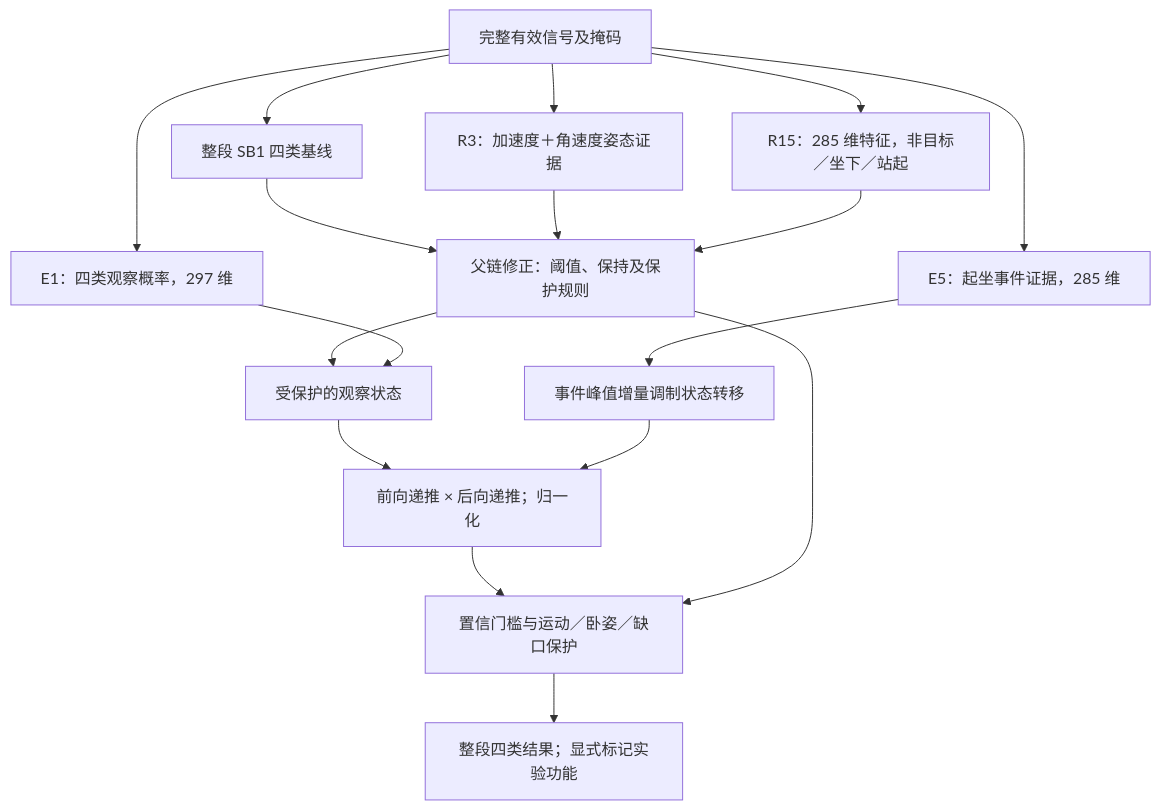
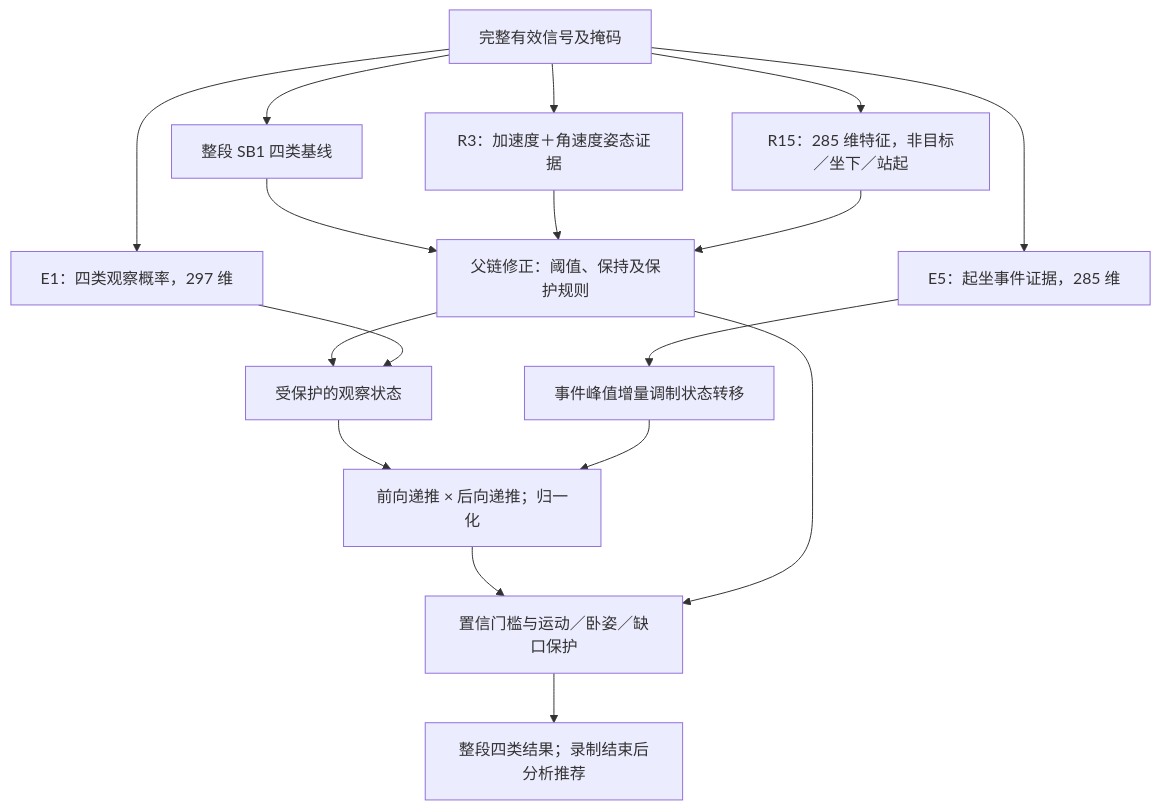
The second of 2 diagrams in docs/model.md (Kscii/imu-inference), drawn with Mermaid before and after one commit. The commit also changed other lines of this file and 15 other files, not shown here.

````diff
--- a/docs/model.md
+++ b/docs/model.md
@@ -72,19 +90,19 @@
 ```mermaid
 flowchart TD
     X["完整有效信号及掩码"] --> B["整段 SB1 四类基线"]
     X --> R3["R3：加速度＋角速度姿态证据"]
     X --> R15["R15：285 维特征，非目标／坐下／站起"]
     B --> P["父链修正：阈值、保持及保护规则"]
     R3 --> P
     R15 --> P
     X --> E1["E1：四类观察概率，297 维"]
     X --> E5["E5：起坐事件证据，285 维"]
     P --> Q["受保护的观察状态"]
     E1 --> Q
     E5 --> T["事件峰值增量调制状态转移"]
     Q --> FB["前向递推 × 后向递推；归一化"]
     T --> FB
     FB --> G["置信门槛与运动／卧姿／缺口保护"]
     P --> G
-    G --> Y["整段四类结果；显式标记实验功能"]
+    G --> Y["整段四类结果；录制结束后分析推荐"]
 ```
````
